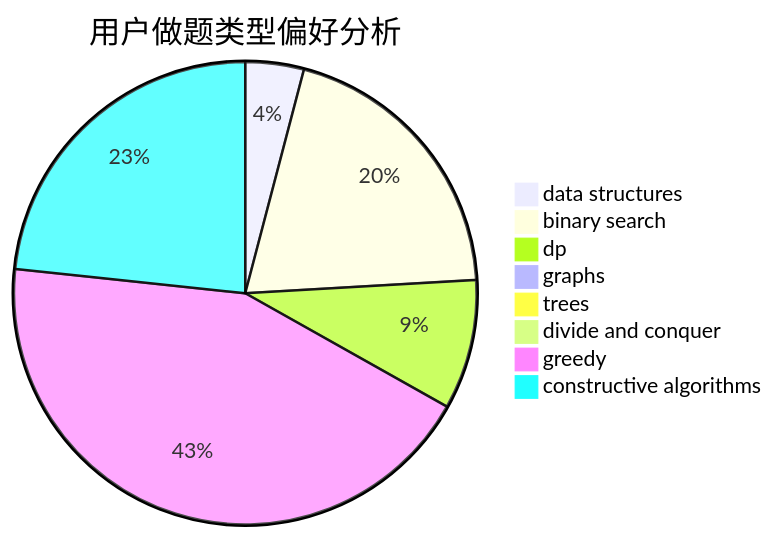
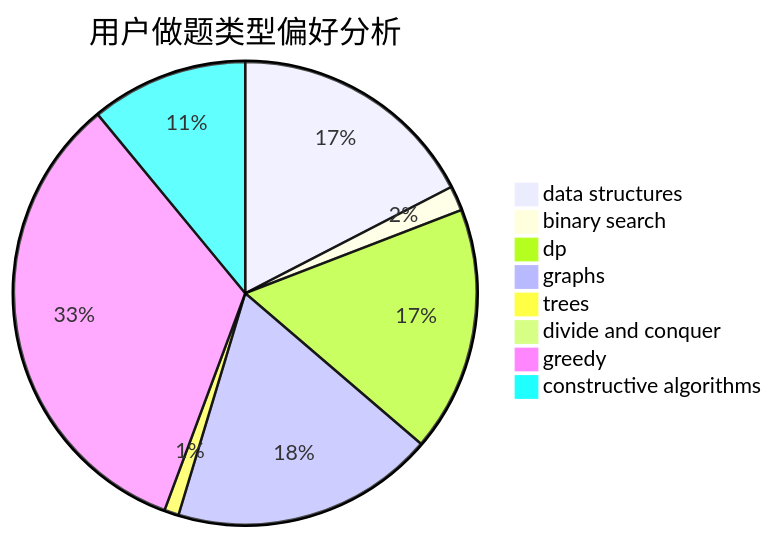
One commit to sherpahu/cfrs.github.io changed the second of 3 diagrams in docs/user/u1064.md. Above: the diagram before and after it, drawn with Mermaid. The commit also changed other lines of this file and 2770 other files, not shown here.

````diff
--- a/docs/user/u1064.md
+++ b/docs/user/u1064.md
@@ -23,11 +23,11 @@
 ```mermaid
 pie title 用户做题类型偏好分析
-    "data structures" :  59
-    "binary search" :  289
-    "dp" :  131
-    "graphs" :  6
-    "trees" :  6
-    "divide and conquer" :  0
-    "greedy" :  629
-    "constructive algorithms" :  337
+    "data structures" :  292
+    "binary search" :  29
+    "dp" :  287
+    "graphs" :  308
+    "trees" :  17
+    "divide and conquer" :  9
+    "greedy" :  559
+    "constructive algorithms" :  184
 ```
````
